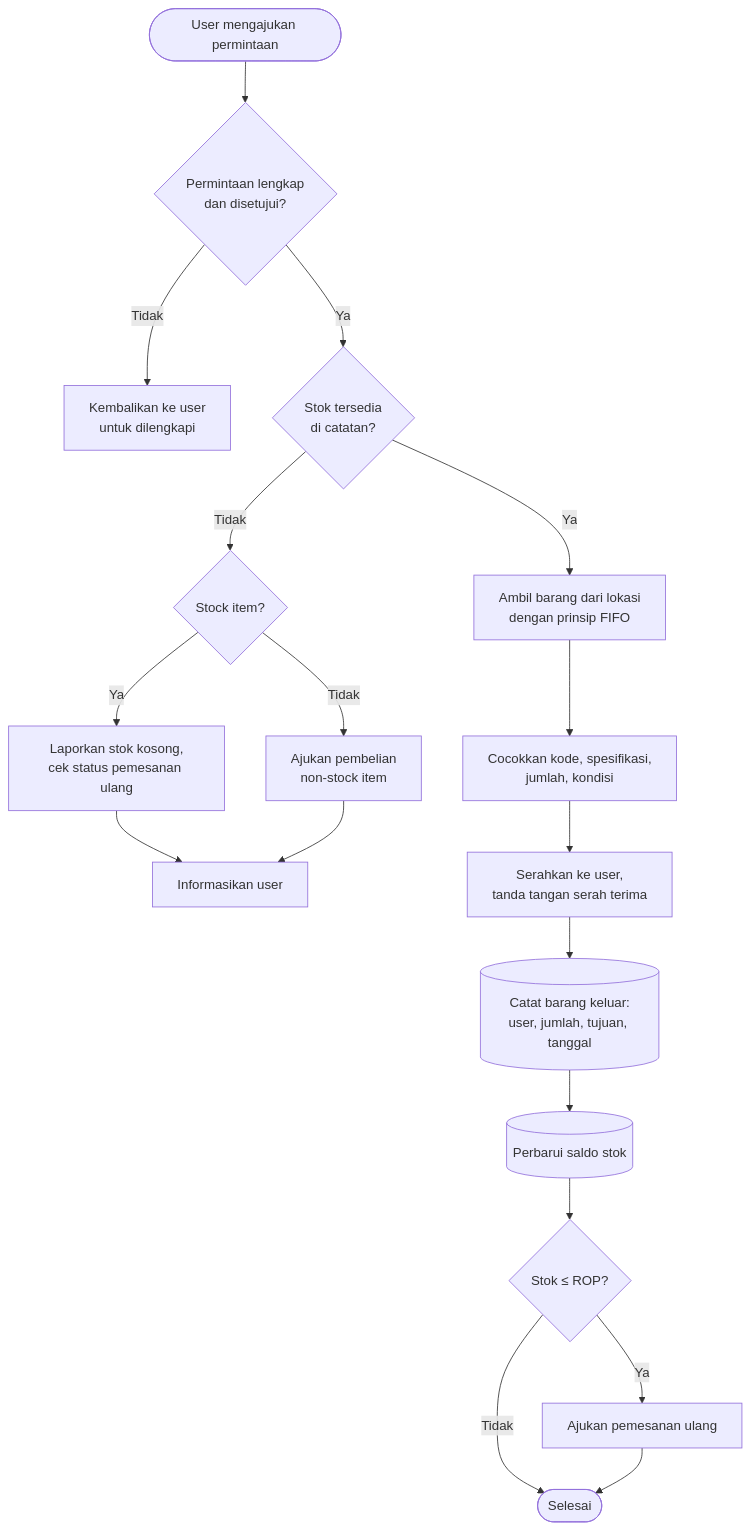
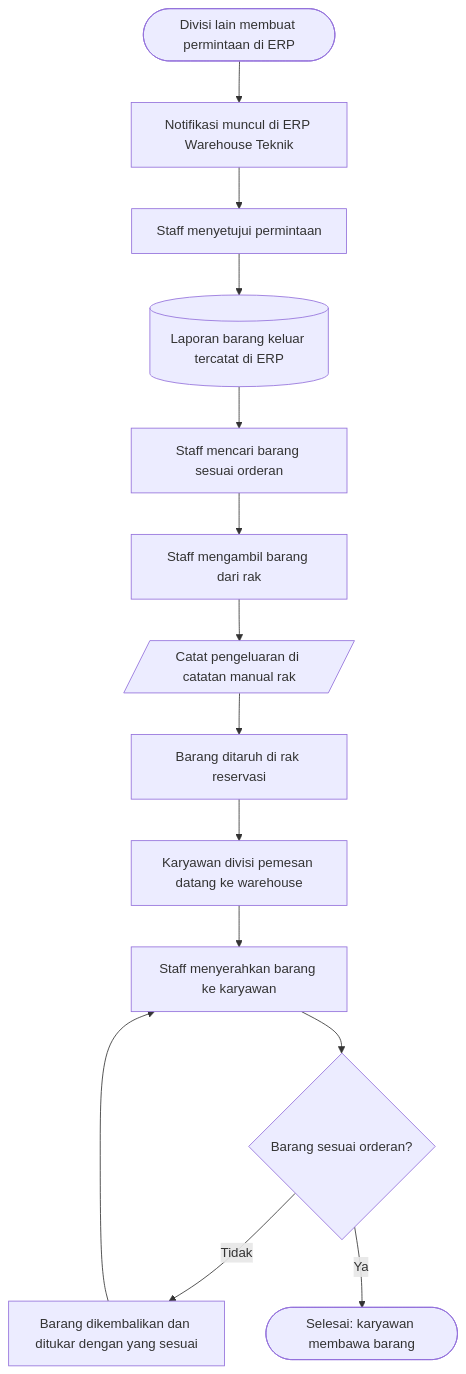
One commit to Hwarinn66/WareHouse changed the diagram in docs/alur-kerja/barang-keluar.md. Above: the diagram before and after it, drawn with Mermaid. The commit also changed other lines of this file and 60 other files, not shown here.

First line of the commit message:
Sederhanakan tampilan dan sesuaikan alur dengan Gudang Teknik (v0.2.0)

````diff
--- a/docs/alur-kerja/barang-keluar.md
+++ b/docs/alur-kerja/barang-keluar.md
@@ -30,22 +18,18 @@
 ```mermaid
 flowchart TD
-  accTitle: Alur barang keluar (draf)
-  accDescr: User mengajukan permintaan. Gudang memeriksa kelengkapan dan ketersediaan stok, mengambil barang dengan FIFO, memverifikasi, menyerahkan, mencatat, lalu memeriksa apakah stok sudah mencapai ROP.
-  A([User mengajukan permintaan]) --> B{Permintaan lengkap<br/>dan disetujui?}
-  B -- Tidak --> R[Kembalikan ke user<br/>untuk dilengkapi]
-  B -- Ya --> C{Stok tersedia<br/>di catatan?}
-  C -- Tidak --> D{Stock item?}
-  D -- Ya --> E[Laporkan stok kosong,<br/>cek status pemesanan ulang]
-  D -- Tidak --> F[Ajukan pembelian<br/>non-stock item]
-  E --> N[Informasikan user]
-  F --> N
-  C -- Ya --> G[Ambil barang dari lokasi<br/>dengan prinsip FIFO]
-  G --> H[Cocokkan kode, spesifikasi,<br/>jumlah, kondisi]
-  H --> I[Serahkan ke user,<br/>tanda tangan serah terima]
-  I --> J[(Catat barang keluar:<br/>user, jumlah, tujuan, tanggal)]
-  J --> K[(Perbarui saldo stok)]
-  K --> L{Stok ≤ ROP?}
-  L -- Ya --> M[Ajukan pemesanan ulang]
-  L -- Tidak --> Z([Selesai])
-  M --> Z
+  accTitle: Flowchart alur barang keluar
+  accDescr: Divisi lain membuat permintaan lewat ERP, notifikasi masuk ke ERP Warehouse Teknik, staff menyetujui sehingga laporan barang keluar tercatat di ERP. Staff mencari dan mengambil barang, mencatat di catatan manual rak, lalu menaruh barang di rak reservasi. Karyawan divisi pemesan datang, menerima barang, dan mengeceknya. Jika tidak sesuai, barang ditukar. Jika sesuai, karyawan membawa barang.
+  A(["Divisi lain membuat permintaan di ERP"]):::divisi --> B["Notifikasi muncul di ERP Warehouse Teknik"]:::sistem
+  B --> C["Staff menyetujui permintaan"]:::staff
+  C --> D[("Laporan barang keluar tercatat di ERP")]:::sistem
+  D --> E["Staff mencari barang sesuai orderan"]:::staff
+  E --> F["Staff mengambil barang dari rak"]:::staff
+  F --> G[/"Catat pengeluaran di catatan manual rak"/]:::dokumen
+  G --> H["Barang ditaruh di rak reservasi"]:::staff
+  H --> I["Karyawan divisi pemesan datang ke warehouse"]:::divisi
+  I --> J["Staff menyerahkan barang ke karyawan"]:::staff
+  J --> K{"Barang sesuai orderan?"}:::cek
+  K -- Tidak --> L["Barang dikembalikan dan ditukar dengan yang sesuai"]:::tolak
+  L --> J
+  K -- Ya --> M(["Selesai: karyawan membawa barang"]):::selesai
 ```
````
